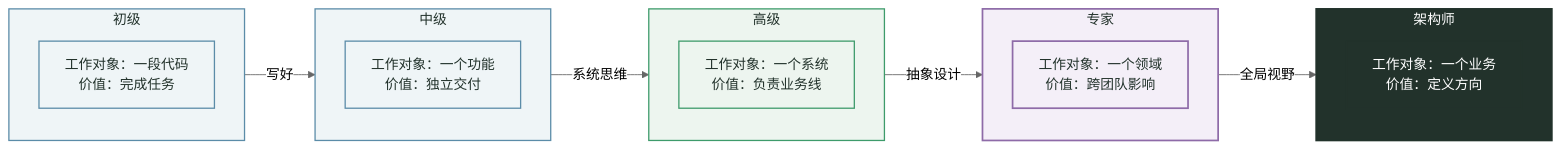
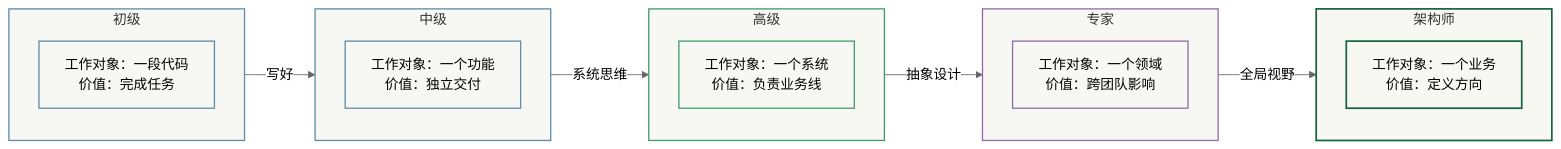
One commit to Fatejian/frontier-vault changed the first of 3 diagrams in docs/career/growth-path.md. Above: the diagram before and after it, drawn with Mermaid (neutral theme). The commit also changed other lines of this file and 65 other files, not shown here.

First line of the commit message:
fix(theme): unify mermaid chart palette and remove solid core fills

````diff
--- a/docs/career/growth-path.md
+++ b/docs/career/growth-path.md
@@ -49,37 +49,37 @@
 ```mermaid
 flowchart LR
     subgraph Stage1["初级"]
         S1["工作对象：一段代码<br/>价值：完成任务"]
     end
 
     subgraph Stage2["中级"]
         S2["工作对象：一个功能<br/>价值：独立交付"]
     end
 
     subgraph Stage3["高级"]
         S3["工作对象：一个系统<br/>价值：负责业务线"]
     end
 
     subgraph Stage4["专家"]
         S4["工作对象：一个领域<br/>价值：跨团队影响"]
     end
 
     subgraph Stage5["架构师"]
         S5["工作对象：一个业务<br/>价值：定义方向"]
     end
 
     Stage1 -->|写好| Stage2
     Stage2 -->|系统思维| Stage3
     Stage3 -->|抽象设计| Stage4
     Stage4 -->|全局视野| Stage5
 
-    classDef wait fill:#EFF5F7,stroke:#5B8CA8,color:#22322B,stroke-width:1.5px;
-    classDef work fill:#EDF5EF,stroke:#3E9B6B,color:#22322B,stroke-width:1.5px;
-    classDef metric fill:#F4EFF8,stroke:#8E6BA8,color:#22322B,stroke-width:2px;
-    classDef core fill:#22322B,color:#fff,stroke:#22322B,stroke-width:2px;
+    classDef wait fill:#F7F7F3,stroke:#5B8CA8,stroke-width:1.5px;
+    classDef work fill:#F7F7F3,stroke:#3E9B6B,stroke-width:1.5px;
+    classDef metric fill:#F7F7F3,stroke:#8E6BA8,stroke-width:1.5px;
+    classDef core fill:#F7F7F3,stroke:#176540,stroke-width:2px;
 
     class Stage1,S1,Stage2,S2 wait;
     class Stage3,S3 work;
     class Stage4,S4 metric;
     class Stage5,S5 core;
 ```
````
